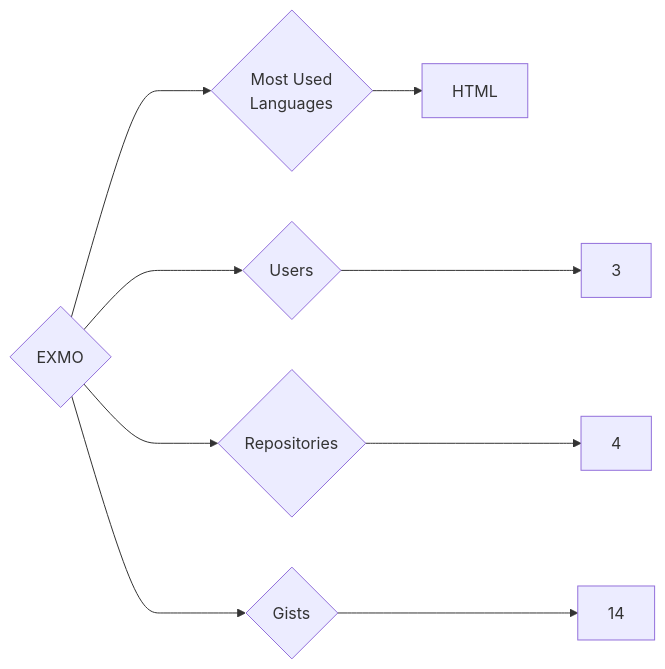
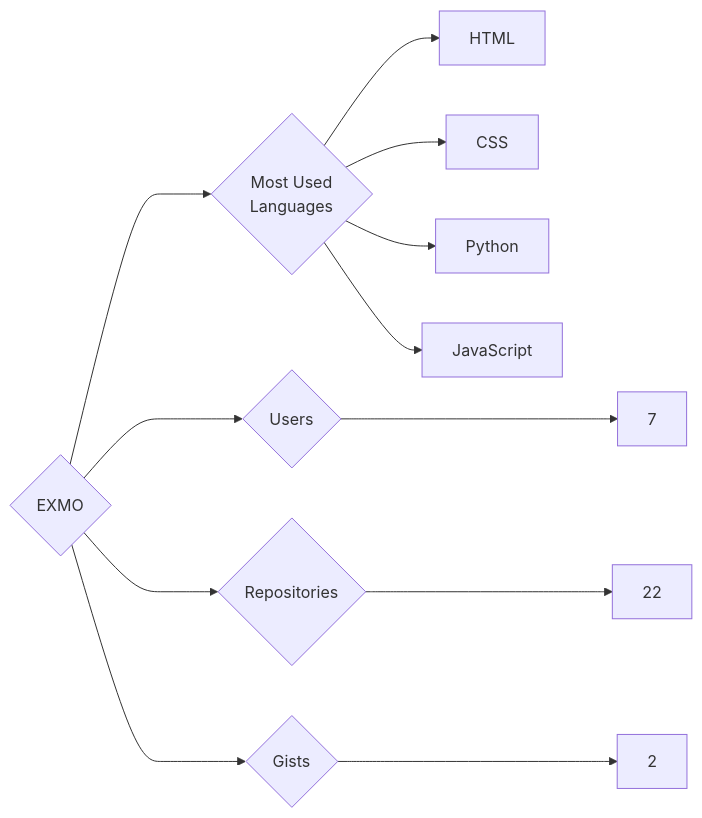
Before and after one commit to trickest/insiders: the diagram in targets/EXMO/README.md, drawn with Mermaid. The commit also changed 988 other files, not shown here.

````diff
--- a/targets/EXMO/README.md
+++ b/targets/EXMO/README.md
@@ -3,9 +3,12 @@
 ```mermaid
 graph LR
 COMPANY_NAME{EXMO}
-COMPANY_NAME ---> U{Users} ---> UN[3]
-COMPANY_NAME ---> R{Repositories} ---> RN[4]
-COMPANY_NAME ---> G{Gists} ---> GN[14]
+COMPANY_NAME ---> U{Users} ---> UN[7]
+COMPANY_NAME ---> R{Repositories} ---> RN[22]
+COMPANY_NAME ---> G{Gists} ---> GN[2]
 COMPANY_NAME ---> ML{Most Used<br>Languages}
 ML --> HTML[HTML]
+ML --> CSS[CSS]
+ML --> Python[Python]
+ML --> JavaScript[JavaScript]
 ```
````
